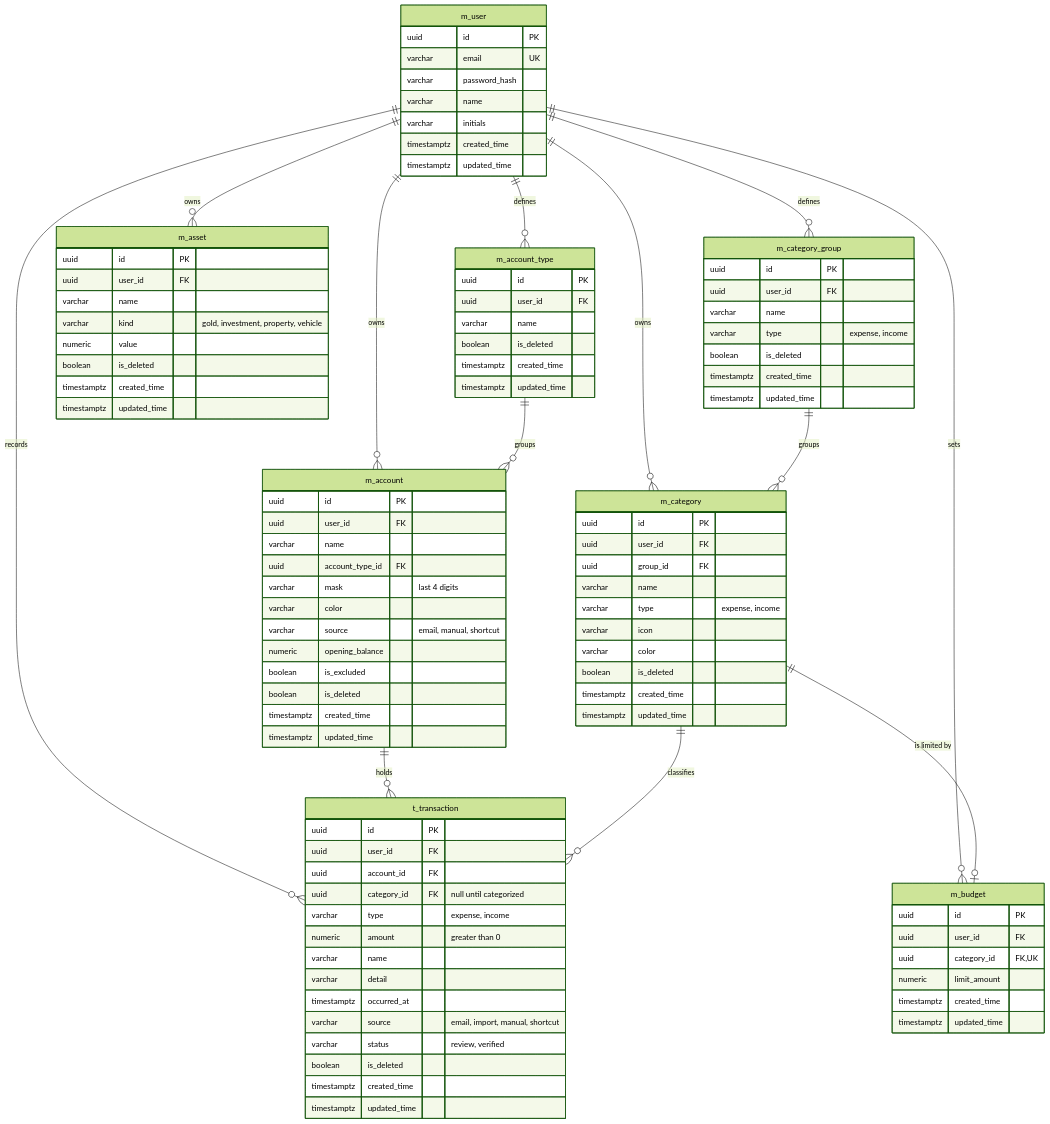
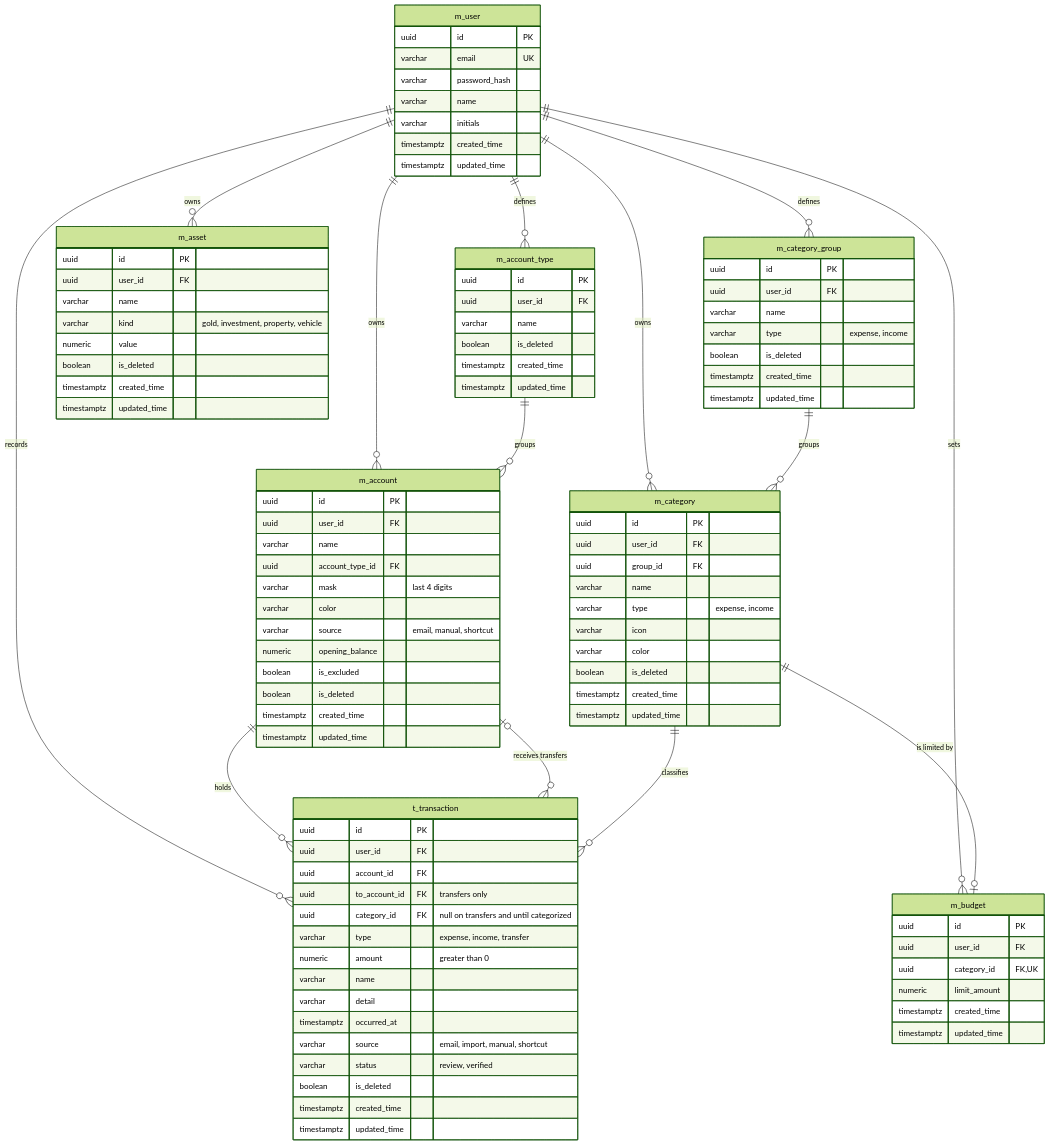
The diagram in docs/erd.md (rendrooy/Fynlo), drawn with Mermaid (forest theme) before and after one commit. The commit also changed other lines of this file and 22 other files, not shown here.

```diff
--- a/docs/erd.md
+++ b/docs/erd.md
@@ -12,6 +12,7 @@
     m_user ||--o{ m_budget : sets
     m_user ||--o{ t_transaction : records
     m_account ||--o{ t_transaction : "holds"
+    m_account |o--o{ t_transaction : "receives transfers"
     m_category ||--o{ t_transaction : "classifies"
     m_category ||--o| m_budget : "is limited by"
 
@@ -96,8 +97,9 @@
         uuid id PK
         uuid user_id FK
         uuid account_id FK
-        uuid category_id FK "null until categorized"
-        varchar type "expense, income"
+        uuid to_account_id FK "transfers only"
+        uuid category_id FK "null on transfers and until categorized"
+        varchar type "expense, income, transfer"
         numeric amount "greater than 0"
         varchar name
         varchar detail
```
